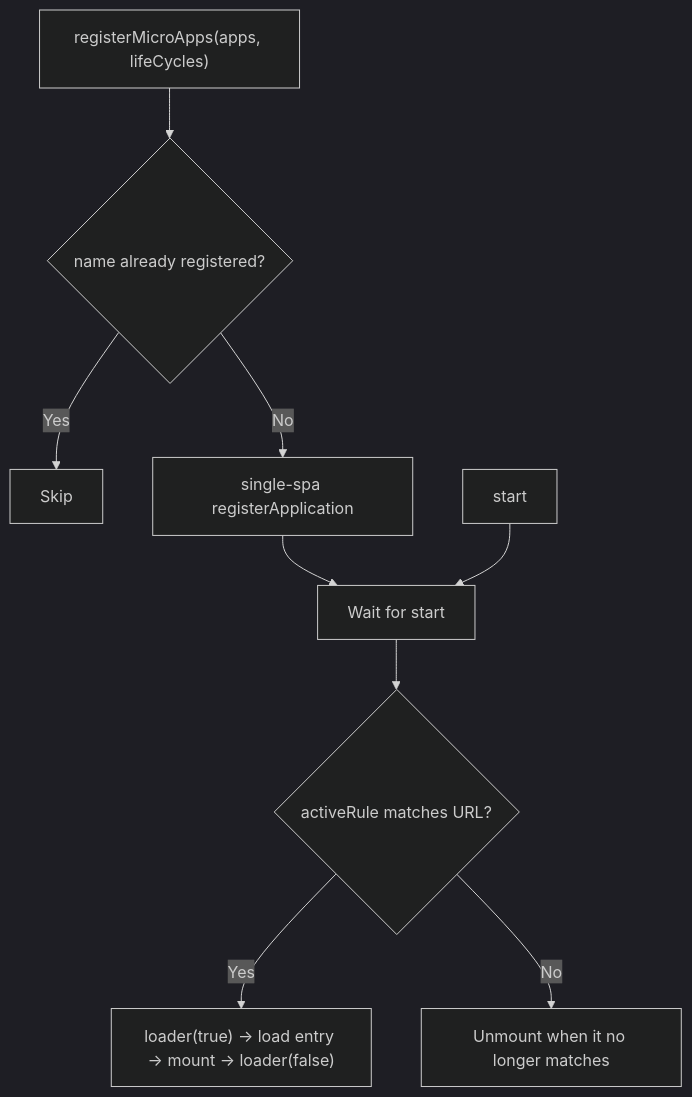
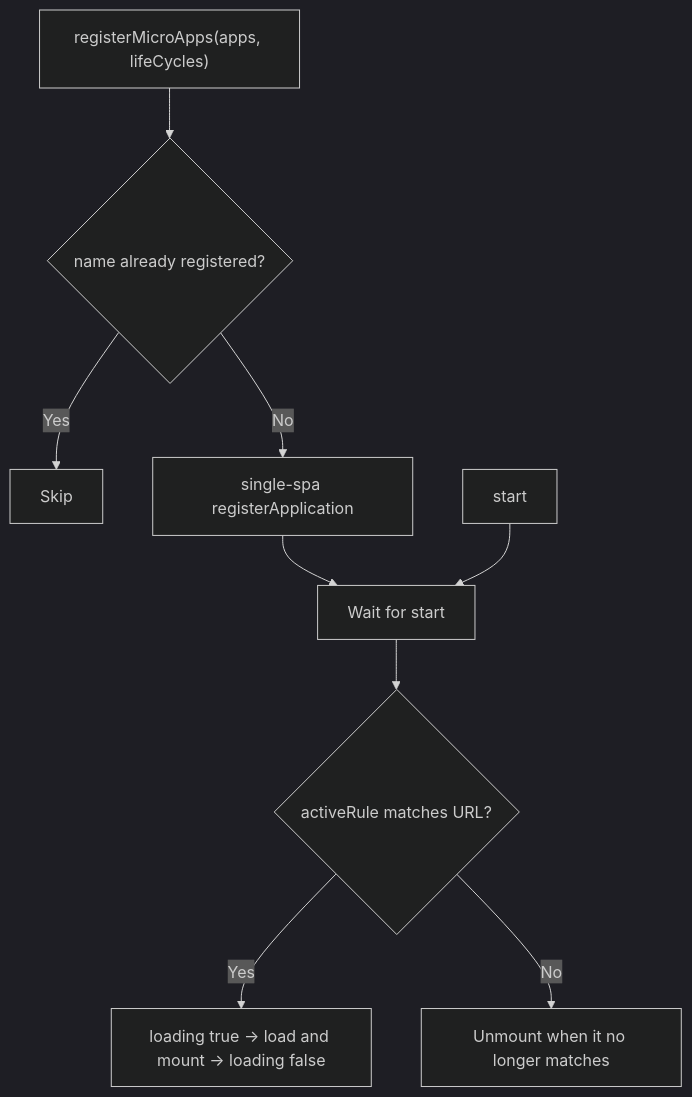
Before and after one commit to umijs/qiankun: the diagram in docs/api/register-micro-apps.md, drawn with Mermaid (dark theme). The commit also changed other lines of this file and 89 other files, not shown here.

````diff
--- a/docs/api/register-micro-apps.md
+++ b/docs/api/register-micro-apps.md
@@ -106,11 +108,11 @@
 ```mermaid
 flowchart TD
   A["registerMicroApps(apps, lifeCycles)"] --> B{"name already registered?"}
   B -- Yes --> C["Skip"]
   B -- No --> D["single-spa registerApplication"]
   D --> E["Wait for start"]
   F["start"] --> E
   E --> G{"activeRule matches URL?"}
-  G -- Yes --> H["loader(true) → load entry → mount → loader(false)"]
+  G -- Yes --> H["loading true → load and mount → loading false"]
   G -- No --> I["Unmount when it no longer matches"]
 ```
````
